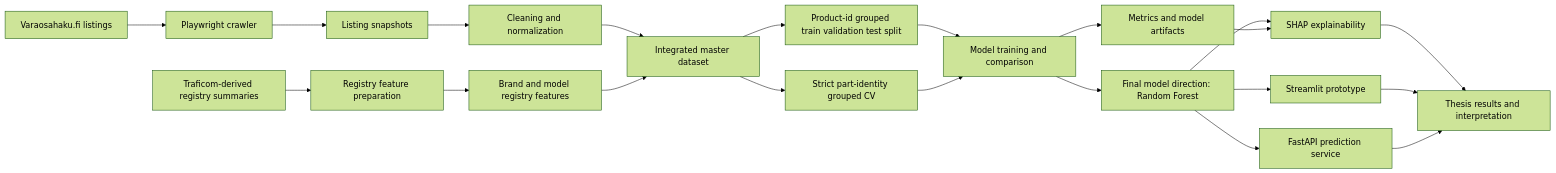
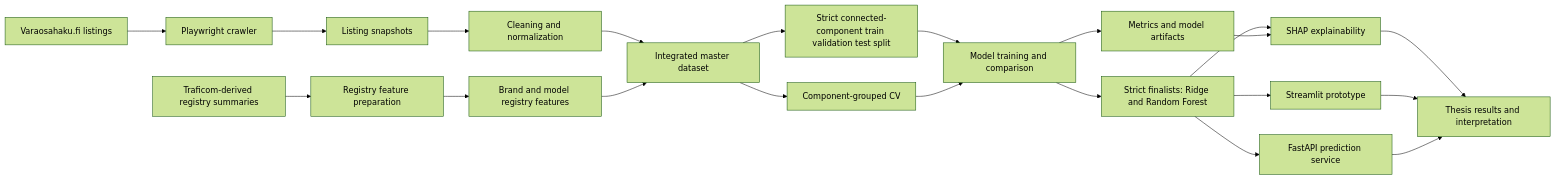
Before and after one commit to Riteshbhandarii/DPPM: the first of 3 diagrams in docs/ARCHITECTURE.md, drawn with Mermaid (forest theme). The commit also changed other lines of this file and 5 other files, not shown here.

````diff
--- a/docs/ARCHITECTURE.md
+++ b/docs/ARCHITECTURE.md
@@ -9,32 +9,32 @@
 ```mermaid
 flowchart LR
     A[Varaosahaku.fi listings] --> B[Playwright crawler]
     B --> C[Listing snapshots]
 
     D[Traficom-derived registry summaries] --> E[Registry feature preparation]
 
     C --> F[Cleaning and normalization]
     E --> G[Brand and model registry features]
 
     F --> H[Integrated master dataset]
     G --> H
 
-    H --> I[Product-id grouped train validation test split]
-    H --> J[Strict part-identity grouped CV]
+    H --> I[Strict connected-component train validation test split]
+    H --> J[Component-grouped CV]
 
     I --> K[Model training and comparison]
     J --> K
 
-    K --> L[Final model direction: Random Forest]
+    K --> L[Strict finalists: Ridge and Random Forest]
     K --> M[Metrics and model artifacts]
 
     L --> N[SHAP explainability]
     M --> N
 
     L --> O[Streamlit prototype]
     L --> P[FastAPI prediction service]
 
     N --> Q[Thesis results and interpretation]
     O --> Q
     P --> Q
 ```
````
